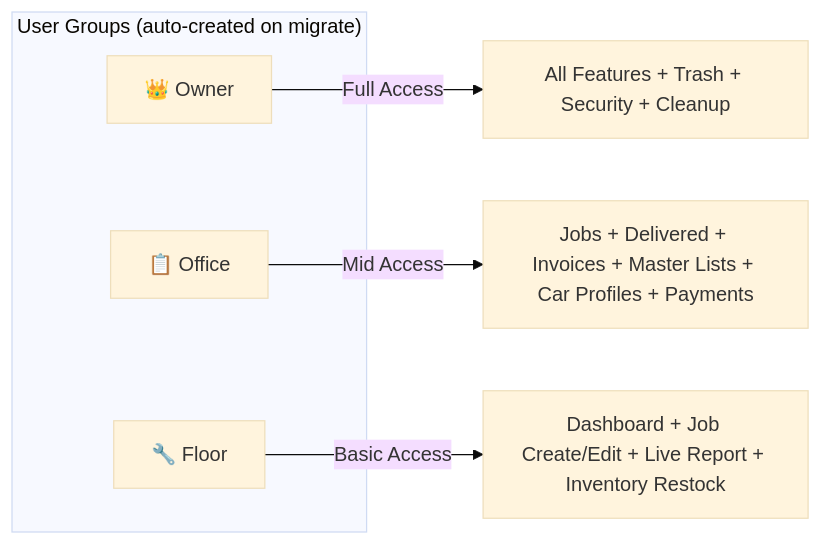
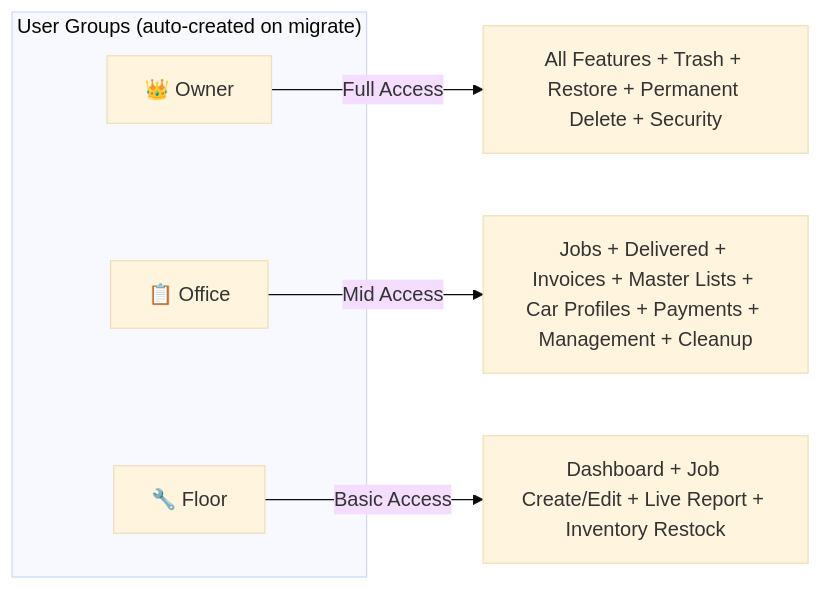
One commit to Irshaduu/WorkshopOS changed the third of 6 diagrams in MASTER_BLUEPRINT.md. Above: the diagram before and after it, drawn with Mermaid (base theme). The commit also changed other lines of this file and 6 other files, not shown here.

````diff
--- a/MASTER_BLUEPRINT.md
+++ b/MASTER_BLUEPRINT.md
@@ -114,12 +120,12 @@
 ```mermaid
 graph LR
     subgraph ROLES["User Groups (auto-created on migrate)"]
         OWNER["👑 Owner"]
         OFFICE["📋 Office"]
         FLOOR["🔧 Floor"]
     end
 
-    OWNER -->|"Full Access"| ALL["All Features + Trash + Security + Cleanup"]
-    OFFICE -->|"Mid Access"| MID["Jobs + Delivered + Invoices + Master Lists + Car Profiles + Payments"]
+    OWNER -->|"Full Access"| ALL["All Features + Trash + Restore + Permanent Delete + Security"]
+    OFFICE -->|"Mid Access"| MID["Jobs + Delivered + Invoices + Master Lists + Car Profiles + Payments + Management + Cleanup"]
     FLOOR -->|"Basic Access"| LOW["Dashboard + Job Create/Edit + Live Report + Inventory Restock"]
 ```
````
